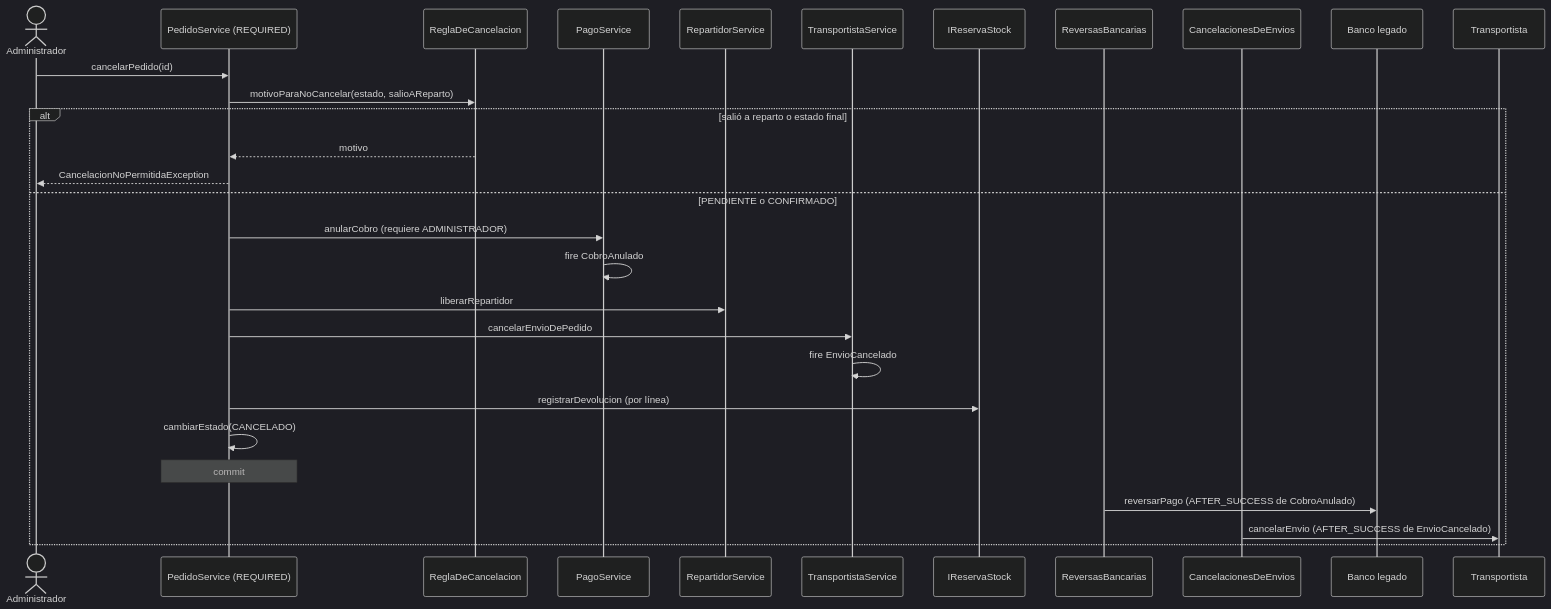
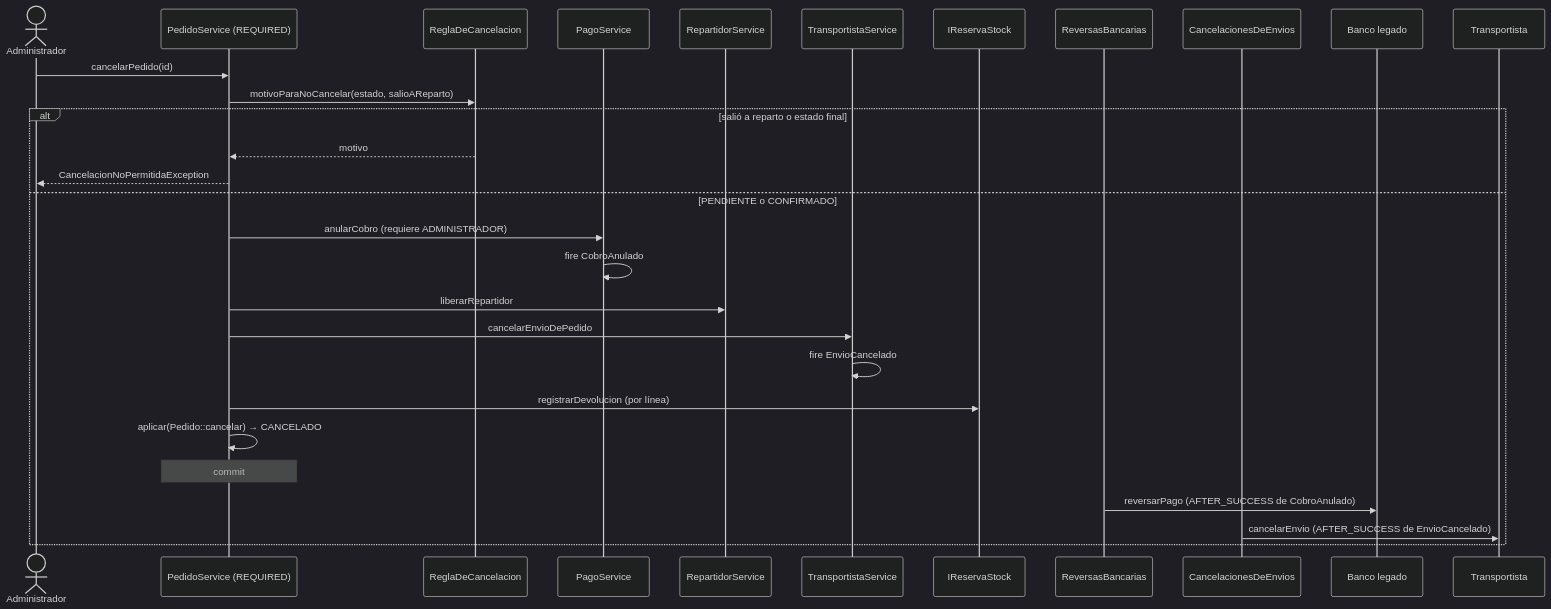
The diagram in docs/entrega/diagramas/11-seq-cancelacion-compensacion.mmd (feliforte14/Rabbit), drawn with Mermaid (dark theme) before and after one commit. The commit also changed 8 other files, not shown here.

```diff
--- a/docs/entrega/diagramas/11-seq-cancelacion-compensacion.mmd
+++ b/docs/entrega/diagramas/11-seq-cancelacion-compensacion.mmd
@@ -1,29 +1,29 @@
 sequenceDiagram
     actor A as Administrador
     participant PS as PedidoService (REQUIRED)
     participant RC as ReglaDeCancelacion
     participant PG as PagoService
     participant RS as RepartidorService
     participant TS as TransportistaService
     participant INV as IReservaStock
     participant RB as ReversasBancarias
     participant CE as CancelacionesDeEnvios
     participant BL as Banco legado
     participant TR as Transportista
     A->>PS: cancelarPedido(id)
     PS->>RC: motivoParaNoCancelar(estado, salioAReparto)
     alt salió a reparto o estado final
         RC-->>PS: motivo
         PS-->>A: CancelacionNoPermitidaException
     else PENDIENTE o CONFIRMADO
         PS->>PG: anularCobro (requiere ADMINISTRADOR)
         PG->>PG: fire CobroAnulado
         PS->>RS: liberarRepartidor
         PS->>TS: cancelarEnvioDePedido
         TS->>TS: fire EnvioCancelado
         PS->>INV: registrarDevolucion (por línea)
-        PS->>PS: cambiarEstado(CANCELADO)
+        PS->>PS: aplicar(Pedido::cancelar) → CANCELADO
         Note over PS: commit
         RB->>BL: reversarPago (AFTER_SUCCESS de CobroAnulado)
         CE->>TR: cancelarEnvio (AFTER_SUCCESS de EnvioCancelado)
     end
```
